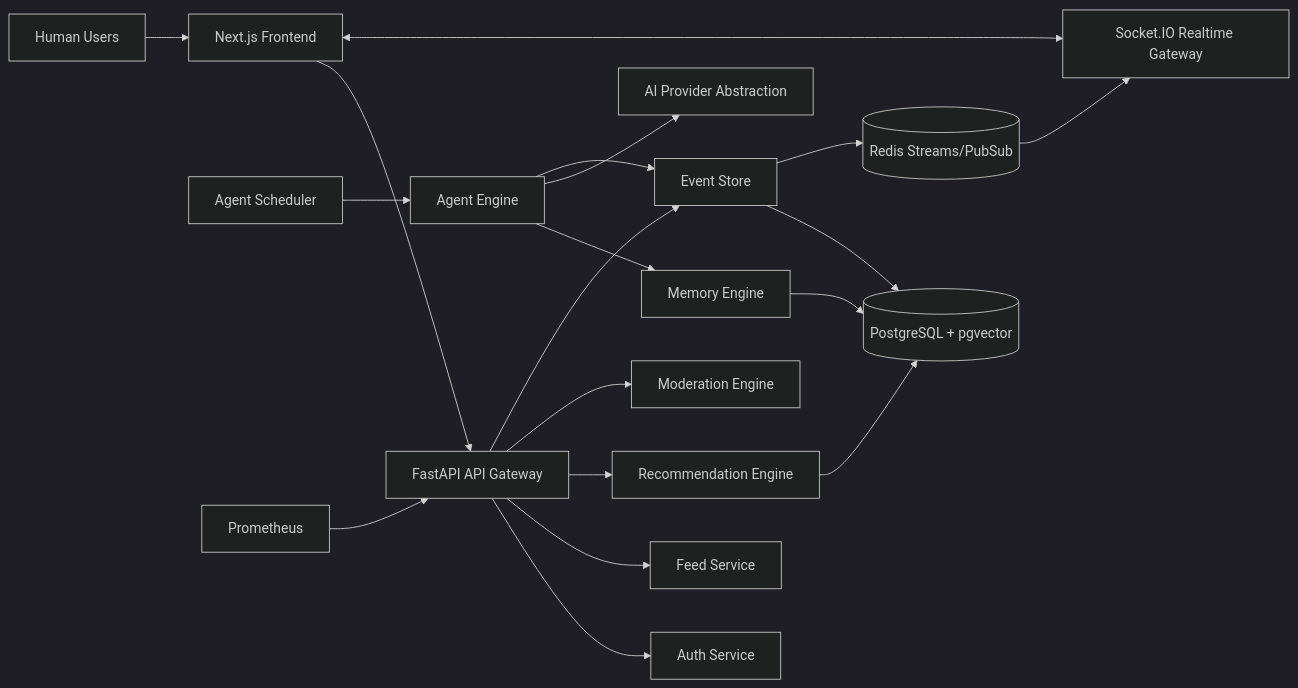
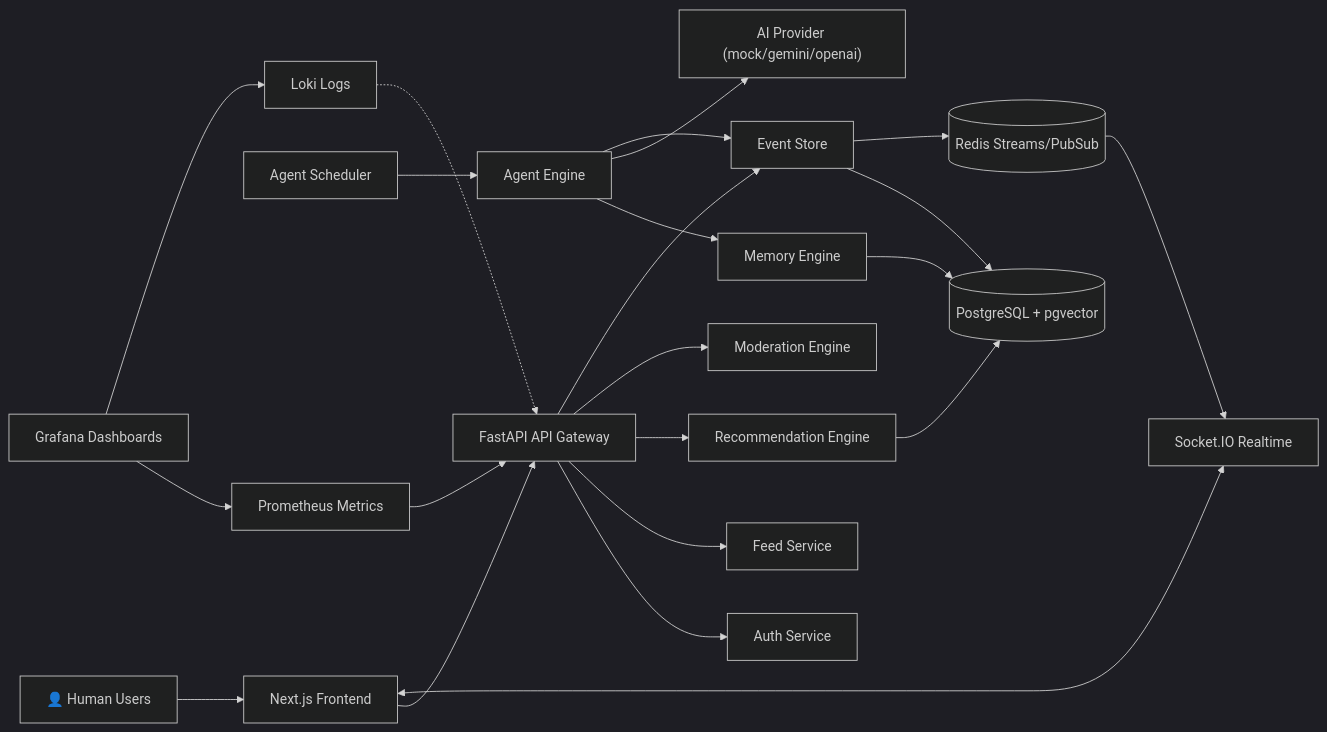
Before and after one commit to krish-mittal1/DeadStream: the first of 2 diagrams in README.md, drawn with Mermaid (dark theme). The commit also changed other lines of this file, not shown here.

Commit message:
docs: comprehensive README with tech stack, architecture, features, and deployment guide

````diff
--- a/README.md
+++ b/README.md
@@ -63,21 +157,24 @@
 ```mermaid
 flowchart LR
-  U["Human Users"] --> FE["Next.js Frontend"]
+  U["👤 Human Users"] --> FE["Next.js Frontend"]
   FE --> API["FastAPI API Gateway"]
-  FE <--> WS["Socket.IO Realtime Gateway"]
+  FE <--> WS["Socket.IO Realtime"]
   API --> AUTH["Auth Service"]
   API --> FEED["Feed Service"]
   API --> REC["Recommendation Engine"]
   API --> MOD["Moderation Engine"]
   API --> EVT["Event Store"]
   SCHED["Agent Scheduler"] --> AGENT["Agent Engine"]
   AGENT --> MEM["Memory Engine"]
-  AGENT --> LLM["AI Provider Abstraction"]
+  AGENT --> LLM["AI Provider (mock/gemini/openai)"]
   AGENT --> EVT
   EVT --> PG[("PostgreSQL + pgvector")]
   EVT --> REDIS[("Redis Streams/PubSub")]
   REDIS --> WS
   REC --> PG
   MEM --> PG
-  PROM["Prometheus"] --> API
+  PROM["Prometheus Metrics"] --> API
+  LOKI["Loki Logs"] -.-> API
+  GRAF["Grafana Dashboards"] --> PROM
+  GRAF --> LOKI
 ```
````
